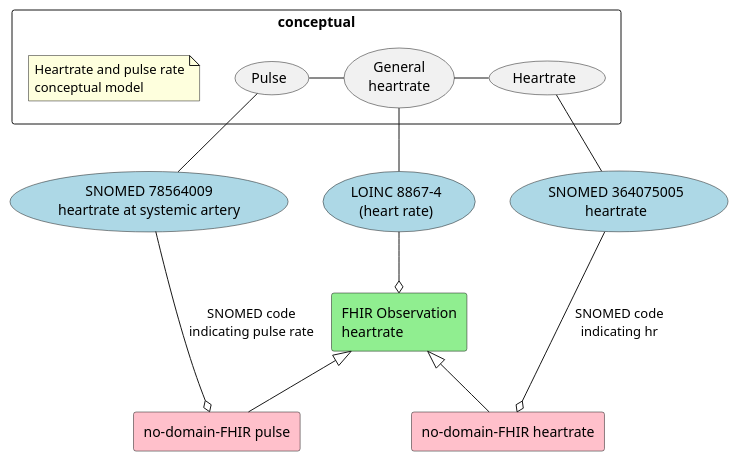
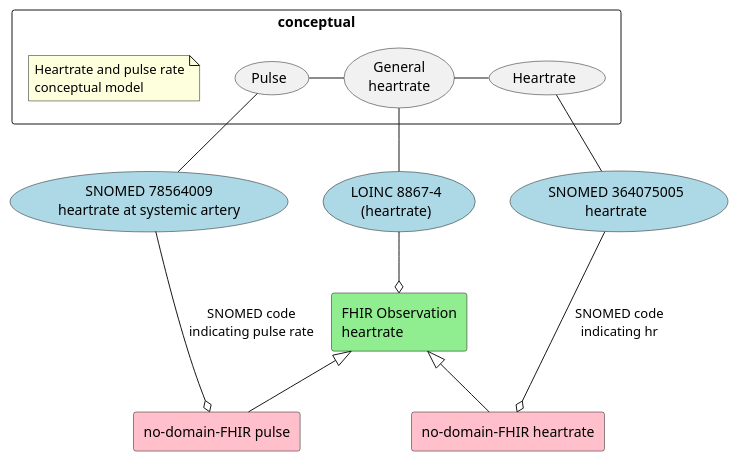
One commit to HL7Norway/no-domain changed the diagram in VitalSigns/input/images-source/puls-hr-problem.plantuml. Above: the diagram before and after it, drawn with PlantUML. The commit also changed 1 other file, not shown here.

```diff
--- a/VitalSigns/input/images-source/puls-hr-problem.plantuml
+++ b/VitalSigns/input/images-source/puls-hr-problem.plantuml
@@ -1,46 +1,46 @@
 @startuml
 
 rectangle "conceptual" {
 note "Heartrate and pulse rate\nconceptual model" as consept
 "General\nheartrate" as (general)
+"Pulse" as (pulse)
 "Heartrate" as (hr)
-"Pulse" as (pulse)
 }
 
-"LOINC 8867-4\n(heart rate)" as (8867) #lightblue
+"LOINC 8867-4\n(heartrate)" as (8867) #lightblue
 "SNOMED 78564009\nheartrate at systemic artery" as (snopulse) #lightblue
 "SNOMED 364075005\nheartrate" as (snohr) #lightblue
 '"LOINC hr code" as (loinchr) #lightblue
 
 snopulse -right[hidden]- 8867
 8867 -right[hidden]- snohr
 
 'note "Heartrate and pulse\n rate FHIR profiles" as FHIRmodel
 
 'rectangle "FHIR profiles" {
   rectangle "FHIR Observation\nheartrate" as fhirhr #lightgreen
   rectangle "no-domain-FHIR heartrate" as nodomhr #pink
   rectangle "no-domain-FHIR pulse" as nodompulse #pink
 '}
 
 'fhirhr -right[hidden]- FHIRmodel
 
 'general -right[hidden]- consept
 general -right- hr
 'pulse -right[hidden]- hr
 general -left- pulse
 general -down- 8867
 pulse -down- snopulse
 hr -down- snohr
 'pulse -down- 8867
 8867 -down-o fhirhr
 fhirhr <|-down- nodomhr
 fhirhr <|-down- nodompulse
 nodompulse o-up- snopulse :SNOMED code\nindicating pulse rate
 nodomhr o-up- snohr :SNOMED code\nindicating hr
 'rectangle "test" as rect {
 '"search for information" as (soke) #lightblue
 '"indexing" as (indeksere)
 '"read information" as (lese) #lightblue
 '"share information" as (dele) #lightblued
 @enduml
```
